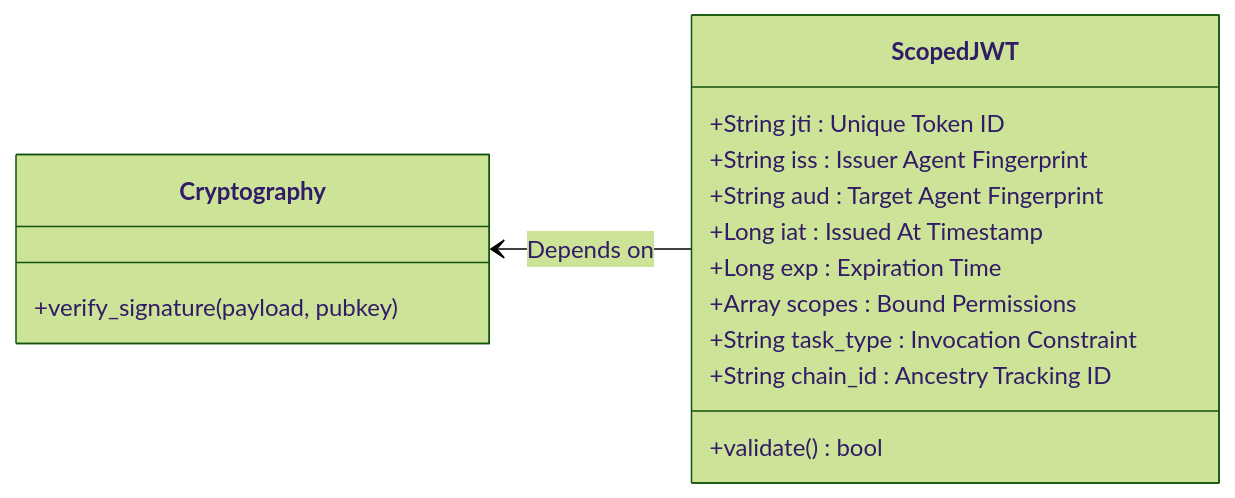
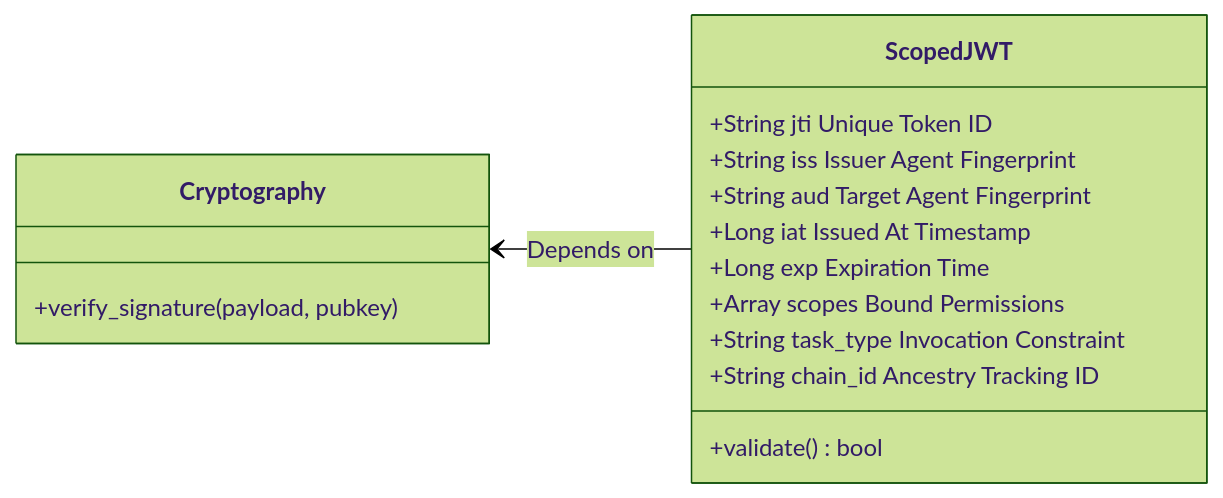
Before and after one commit to MrDecryptDecipher/Agent-Trust: the ninth of 30 diagrams in README.md, drawn with Mermaid (forest theme). The commit also changed other lines of this file, not shown here.

````diff
--- a/README.md
+++ b/README.md
@@ -195,19 +195,19 @@
 ```mermaid
 classDiagram
     direction RL
     class ScopedJWT {
-        +String jti : Unique Token ID
-        +String iss : Issuer Agent Fingerprint
-        +String aud : Target Agent Fingerprint
-        +Long iat : Issued At Timestamp
-        +Long exp : Expiration Time
-        +Array scopes : Bound Permissions
-        +String task_type : Invocation Constraint
-        +String chain_id : Ancestry Tracking ID
+        +String jti Unique Token ID
+        +String iss Issuer Agent Fingerprint
+        +String aud Target Agent Fingerprint
+        +Long iat Issued At Timestamp
+        +Long exp Expiration Time
+        +Array scopes Bound Permissions
+        +String task_type Invocation Constraint
+        +String chain_id Ancestry Tracking ID
         +validate() bool
     }
     class Cryptography {
         +verify_signature(payload, pubkey)
     }
     ScopedJWT --> Cryptography : Depends on
 ```
````
